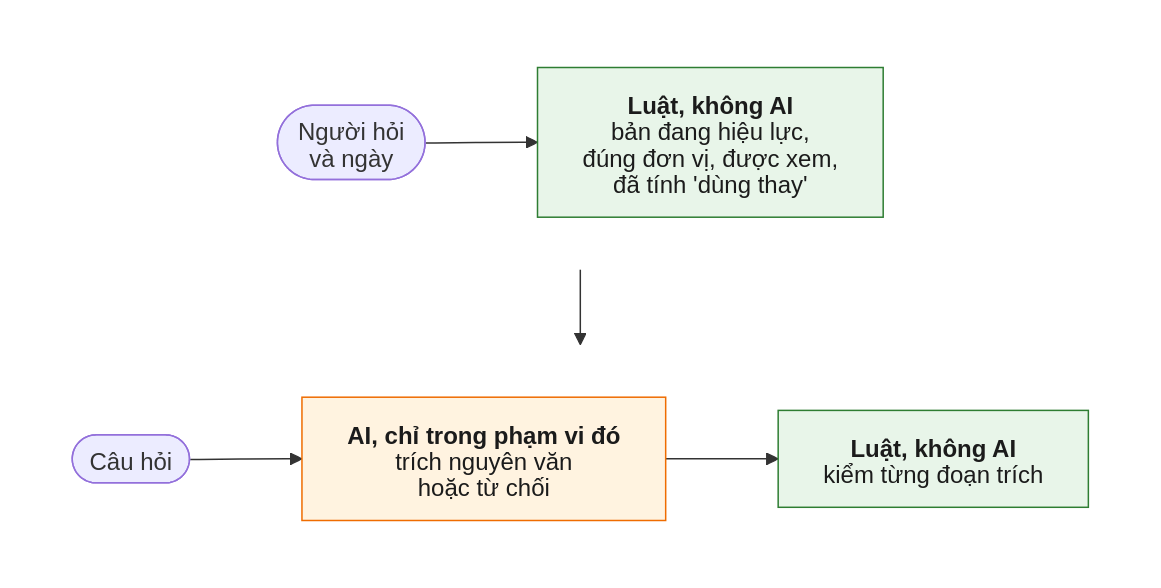
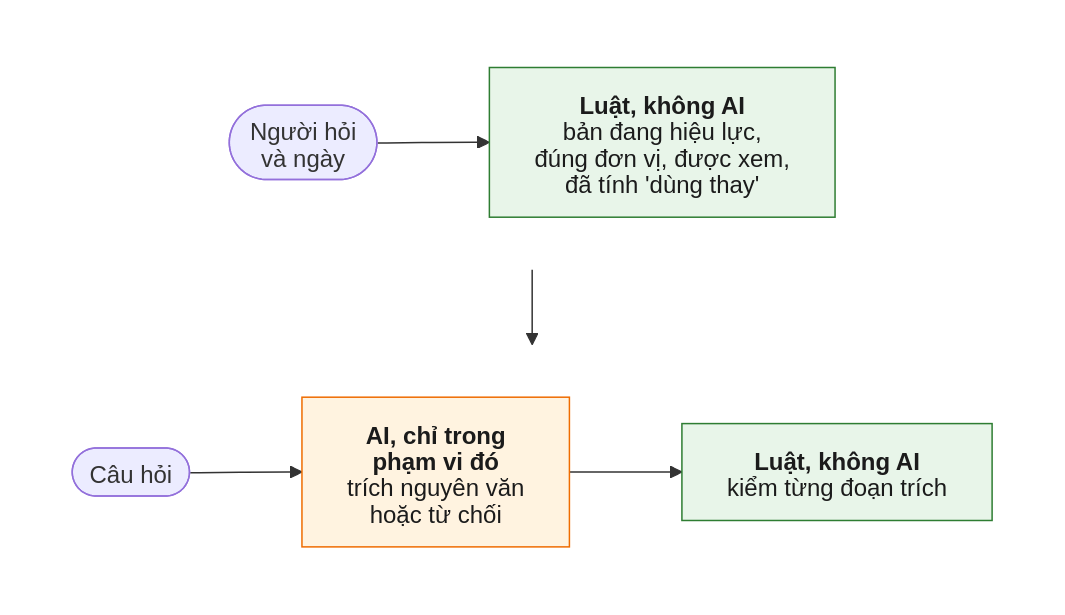
Before and after one commit to Park-Hip/next-gen-2026: the first of 3 diagrams in README.md, drawn with Mermaid.

Commit message:
Narrow the AI box of the first README diagram so it clears GitHub's zoom buttons

````diff
--- a/README.md
+++ b/README.md
@@ -65,35 +65,36 @@
 ```mermaid
 ---
 config:
   htmlLabels: false
   flowchart:
     htmlLabels: false
     wrappingWidth: 400
     diagramPadding: 8
 ---
 flowchart TB
     subgraph before[" "]
         direction LR
         who(["Người hỏi<br/>và ngày"]) --> rules["`**Luật, không AI**
         bản đang hiệu lực,
         đúng đơn vị, được xem,
         đã tính 'dùng thay'`"]
     end
 
     subgraph after[" "]
         direction LR
-        q(["Câu hỏi"]) --> ai["`**AI, chỉ trong phạm vi đó**
+        q(["Câu hỏi"]) --> ai["`**AI, chỉ trong**
+        **phạm vi đó**
         trích nguyên văn
         hoặc từ chối`"]
         ai --> check["`**Luật, không AI**
         kiểm từng đoạn trích`"]
     end
 
     before --> after
 
     style rules fill:#e8f5e9,stroke:#2e7d32,color:#1b1b1b
     style check fill:#e8f5e9,stroke:#2e7d32,color:#1b1b1b
     style ai fill:#fff3e0,stroke:#ef6c00,color:#1b1b1b
     style before fill:transparent,stroke:transparent
     style after fill:transparent,stroke:transparent
 ```
````
